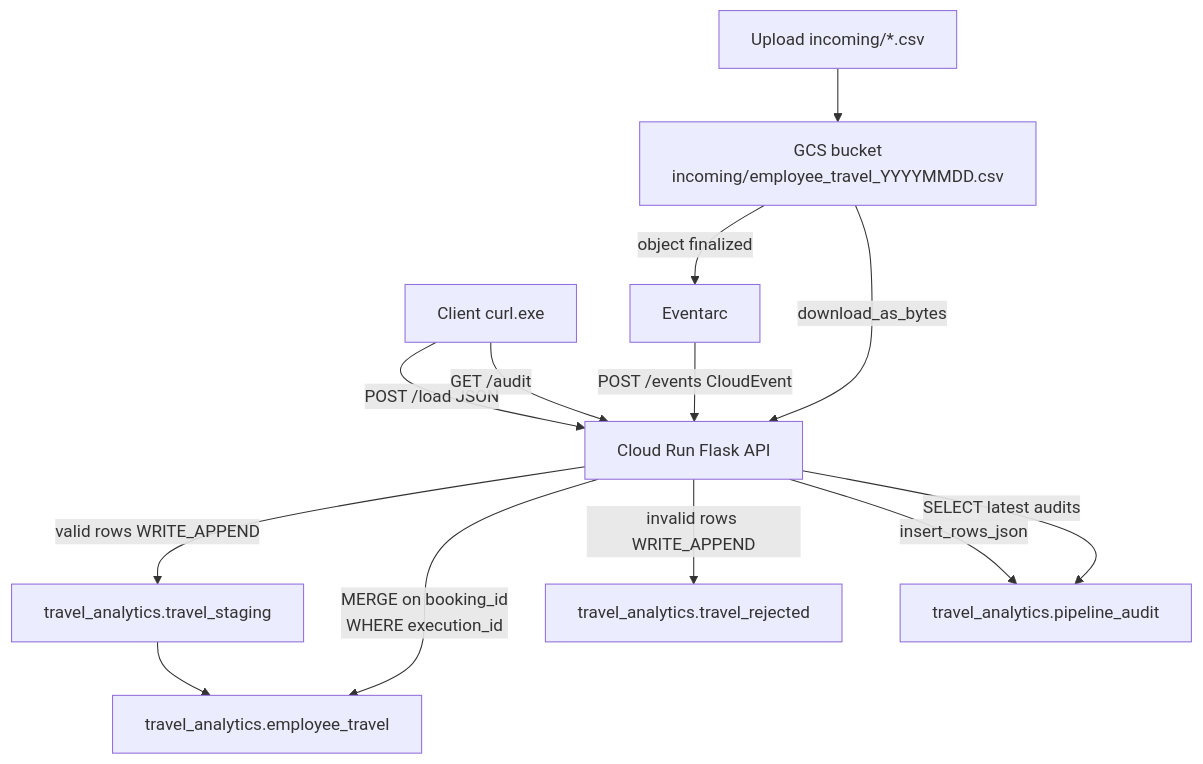
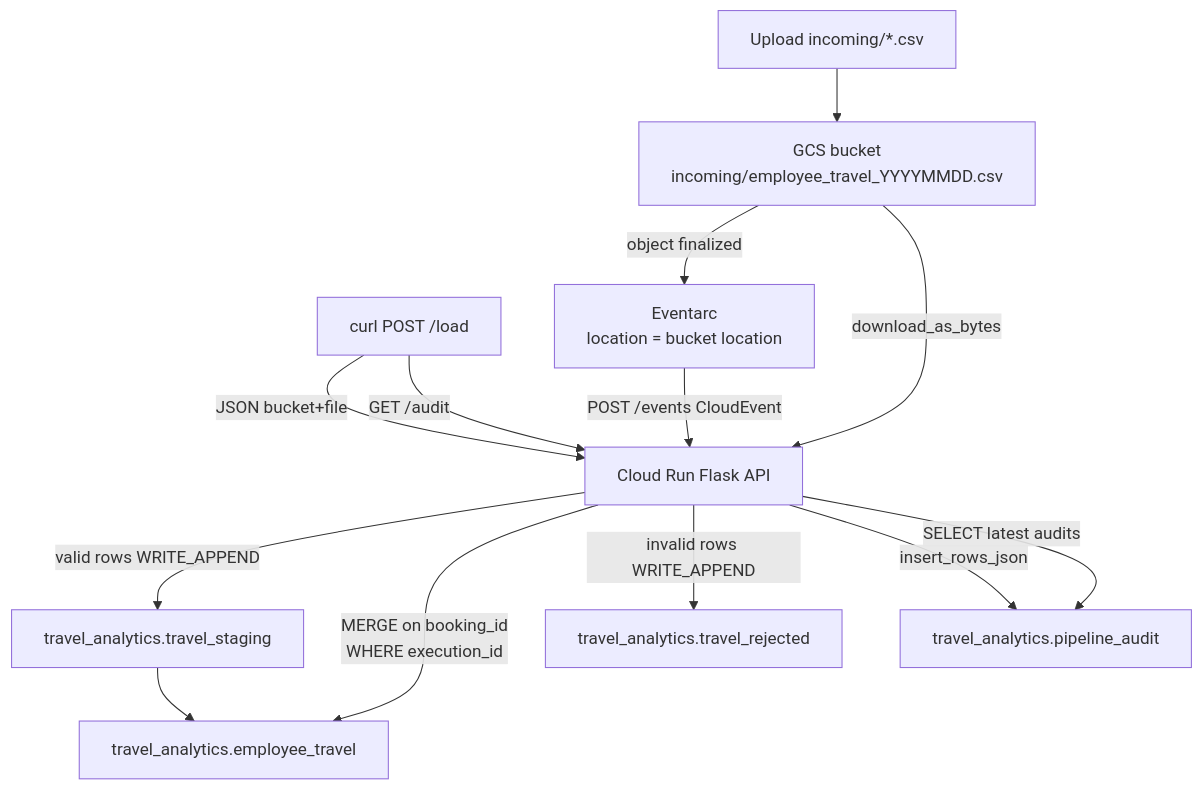
The third of 4 diagrams in docs/architecture.md (saidhuljohny2/gcp-travel-data-ingestion), drawn with Mermaid before and after one commit. The commit also changed other lines of this file, not shown here.

````diff
--- a/docs/architecture.md
+++ b/docs/architecture.md
@@ -57,15 +73,15 @@
 ```mermaid
 flowchart TB
-  Client["Client curl.exe"] -->|POST /load JSON| API["Cloud Run Flask API"]
   Drop["Upload incoming/*.csv"] --> GCS
-  GCS -->|object finalized| EA["Eventarc"]
+  Client["curl POST /load"] -->|JSON bucket+file| API["Cloud Run Flask API"]
+  GCS["GCS bucket<br/>incoming/employee_travel_YYYYMMDD.csv"] -->|object finalized| EA["Eventarc<br/>location = bucket location"]
   EA -->|POST /events CloudEvent| API
-  GCS["GCS bucket<br/>incoming/employee_travel_YYYYMMDD.csv"] -->|download_as_bytes| API
+  GCS -->|download_as_bytes| API
   API -->|valid rows WRITE_APPEND| ST["travel_analytics.travel_staging"]
   API -->|MERGE on booking_id<br/>WHERE execution_id| FIN["travel_analytics.employee_travel"]
   ST --> FIN
   API -->|invalid rows WRITE_APPEND| REJ["travel_analytics.travel_rejected"]
   API -->|insert_rows_json| AUD["travel_analytics.pipeline_audit"]
   Client -->|GET /audit| API
   API -->|SELECT latest audits| AUD
 ```
````
